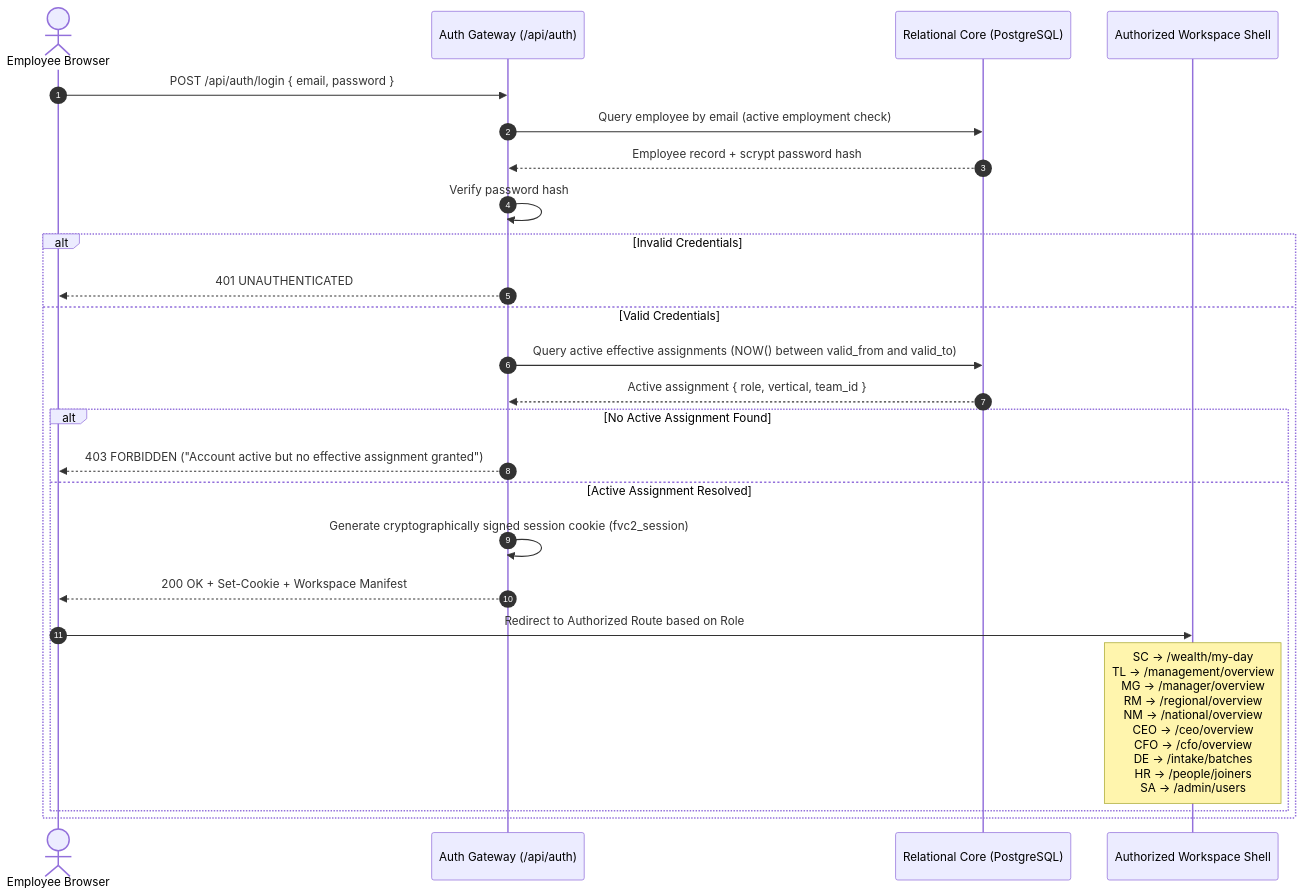
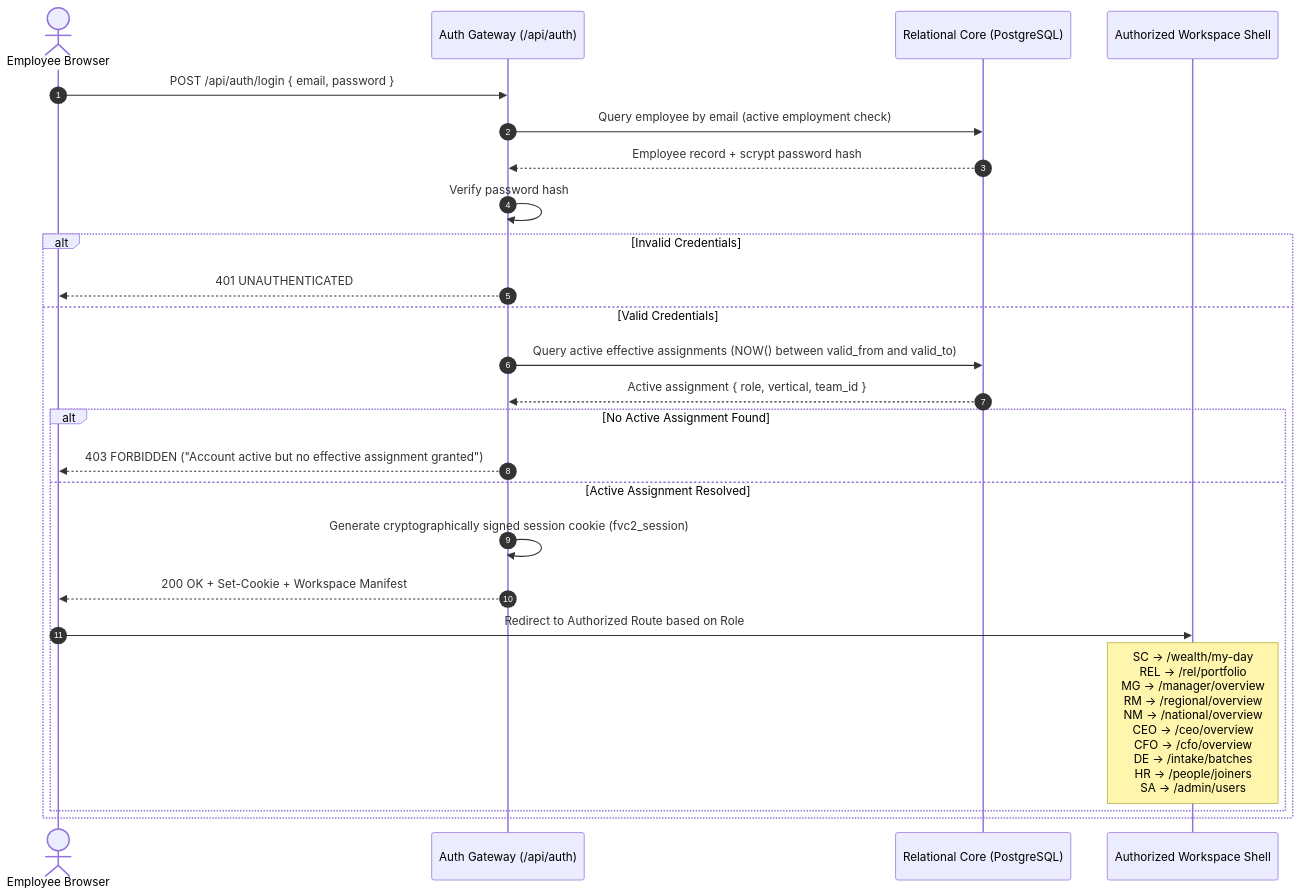
Before and after one commit to gurushesh-Marketing/Finverse_wealth_crm: the first of 14 diagrams in docs/product/app-flow.md, drawn with Mermaid. The commit also changed other lines of this file and 404 other files, not shown here.

````diff
--- a/docs/product/app-flow.md
+++ b/docs/product/app-flow.md
@@ -15,27 +15,27 @@
 ```mermaid
 sequenceDiagram
     autonumber
     actor User as Employee Browser
     participant API as Auth Gateway (/api/auth)
     participant DB as Relational Core (PostgreSQL)
     participant UI as Authorized Workspace Shell
 
     User->>API: POST /api/auth/login { email, password }
     API->>DB: Query employee by email (active employment check)
     DB-->>API: Employee record + scrypt password hash
     API->>API: Verify password hash
     alt Invalid Credentials
         API-->>User: 401 UNAUTHENTICATED
     else Valid Credentials
         API->>DB: Query active effective assignments (NOW() between valid_from and valid_to)
         DB-->>API: Active assignment { role, vertical, team_id }
         alt No Active Assignment Found
             API-->>User: 403 FORBIDDEN ("Account active but no effective assignment granted")
         else Active Assignment Resolved
             API->>API: Generate cryptographically signed session cookie (fvc2_session)
             API-->>User: 200 OK + Set-Cookie + Workspace Manifest
             User->>UI: Redirect to Authorized Route based on Role
-            Note over UI: SC -> /wealth/my-day<br/>TL -> /management/overview<br/>MG -> /manager/overview<br/>RM -> /regional/overview<br/>NM -> /national/overview<br/>CEO -> /ceo/overview<br/>CFO -> /cfo/overview<br/>DE -> /intake/batches<br/>HR -> /people/joiners<br/>SA -> /admin/users
+            Note over UI: SC -> /wealth/my-day<br/>REL -> /rel/portfolio<br/>MG -> /manager/overview<br/>RM -> /regional/overview<br/>NM -> /national/overview<br/>CEO -> /ceo/overview<br/>CFO -> /cfo/overview<br/>DE -> /intake/batches<br/>HR -> /people/joiners<br/>SA -> /admin/users
         end
     end
 ```
````
